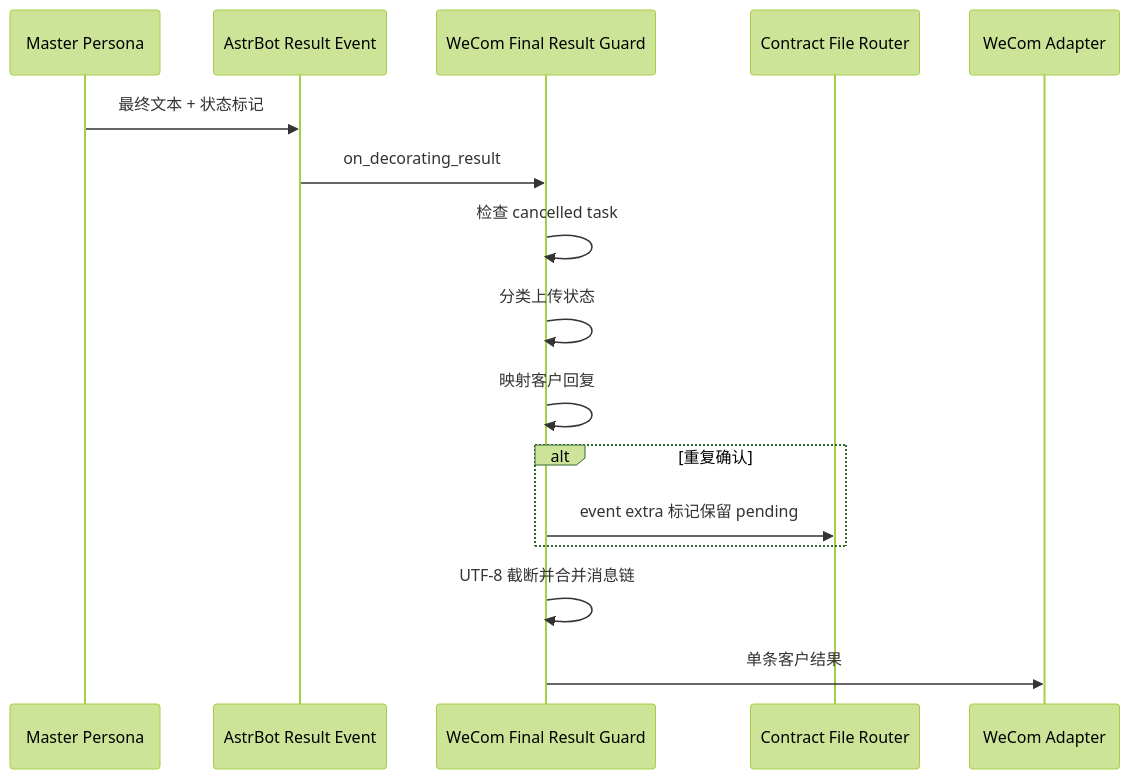
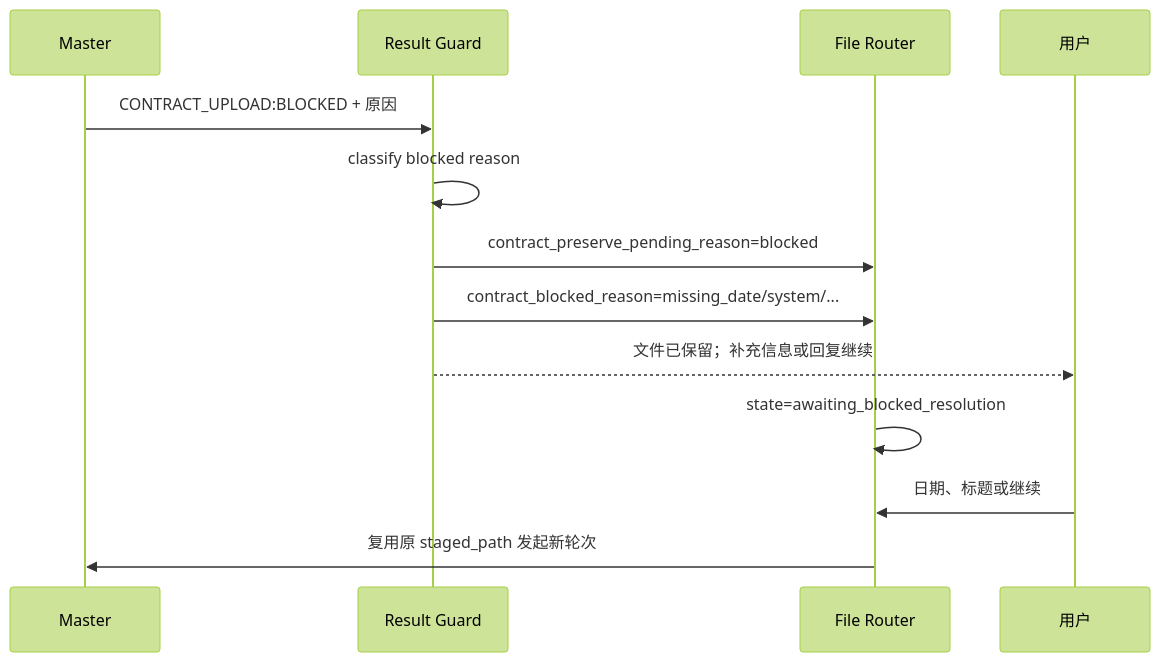
The diagram in plugins/astrbot_plugin_wecom_final_result_guard/README.md (Ri0n72Y/ContractBotConfig), drawn with Mermaid (forest theme) before and after one commit. The commit also changed other lines of this file and 21 other files, not shown here.

First line of the commit message:
Add .doc preconversion and fix contract upload flow

````diff
--- a/plugins/astrbot_plugin_wecom_final_result_guard/README.md
+++ b/plugins/astrbot_plugin_wecom_final_result_guard/README.md
@@ -50,19 +39,16 @@
 ```mermaid
 sequenceDiagram
-    participant A as Master Persona
-    participant E as AstrBot Result Event
-    participant G as WeCom Final Result Guard
-    participant R as Contract File Router
-    participant W as WeCom Adapter
+    participant M as Master
+    participant G as Result Guard
+    participant R as File Router
+    participant U as 用户
 
-    A->>E: 最终文本 + 状态标记
-    E->>G: on_decorating_result
-    G->>G: 检查 cancelled task
-    G->>G: 分类上传状态
-    G->>G: 映射客户回复
-    alt 重复确认
-        G->>R: event extra 标记保留 pending
-    end
-    G->>G: UTF-8 截断并合并消息链
-    G->>W: 单条客户结果
+    M->>G: CONTRACT_UPLOAD:BLOCKED + 原因
+    G->>G: classify blocked reason
+    G->>R: contract_preserve_pending_reason=blocked
+    G->>R: contract_blocked_reason=missing_date/system/...
+    G-->>U: 文件已保留；补充信息或回复继续
+    R->>R: state=awaiting_blocked_resolution
+    U->>R: 日期、标题或继续
+    R->>M: 复用原 staged_path 发起新轮次
 ```
````
